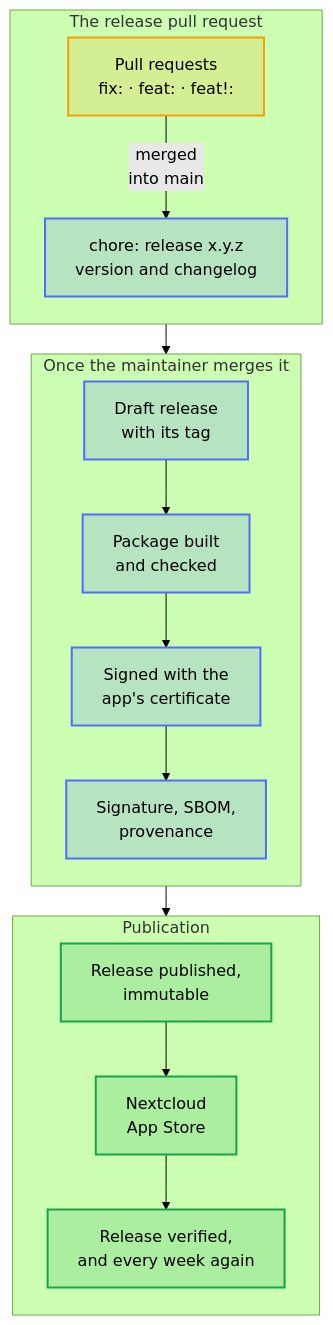
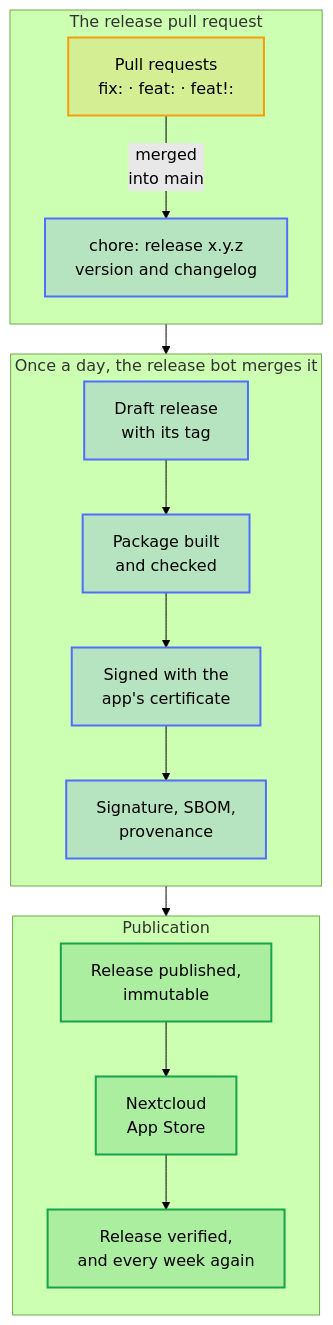
The diagram in docs/diagrams/from-pull-requests-to-a-published-release.mmd (Dennis-Otto/paperless-sync), drawn with Mermaid (forest theme) before and after one commit. The commit also changed 5 other files, not shown here.

First line of the commit message:
ci: release once a day by itself (#537)

```diff
--- a/docs/diagrams/from-pull-requests-to-a-published-release.mmd
+++ b/docs/diagrams/from-pull-requests-to-a-published-release.mmd
@@ -1,29 +1,29 @@
 ---
 config:
   flowchart:
     rankSpacing: 30
 ---
 flowchart TB
     accTitle: From pull requests to a published release
-    accDescr: Pull requests titled fix, feat or feat! are merged into main, and the release bot keeps the pull request chore: release x.y.z with the version and the changelog. Once the maintainer merges it, a draft release with its tag is created, the package is built and checked, signed with the app's certificate, and gets its signature, SBOM and provenance. Then the release is published and immutable, delivered to the Nextcloud App Store, and verified, and every week again.
+    accDescr: Pull requests titled fix, feat or feat! are merged into main, and the release bot keeps the pull request chore: release x.y.z with the version and the changelog. Once a day, when every check passes, the release bot merges it, and a draft release with its tag is created, the package is built and checked, signed with the app's certificate, and gets its signature, SBOM and provenance. Then the release is published and immutable, delivered to the Nextcloud App Store, and verified, and every week again.
 
     subgraph request ["The release pull request"]
         direction TB
         prs["Pull requests<br>fix: · feat: · feat!:"] -- "merged<br>into main" --> bot["chore: release x.y.z<br>version and changelog"]
     end
-    subgraph build ["Once the maintainer merges it"]
+    subgraph build ["Once a day, the release bot merges it"]
         direction TB
         draft["Draft release<br>with its tag"] --> package["Package built<br>and checked"] --> sign["Signed with the<br>app's certificate"] --> assets["Signature, SBOM,<br>provenance"]
     end
     subgraph publication ["Publication"]
         direction TB
         published["Release published,<br>immutable"] --> store["Nextcloud<br>App Store"] --> verify["Release verified,<br>and every week again"]
     end
     request --> build --> publication
 
     classDef person fill:#f59e0b2e,stroke:#f59e0b,stroke-width:2px
     classDef bot fill:#526cfe2e,stroke:#526cfe,stroke-width:2px
     classDef done fill:#16a34a2e,stroke:#16a34a,stroke-width:2px
     class prs person
     class bot,draft,package,sign,assets bot
     class published,store,verify done
```
